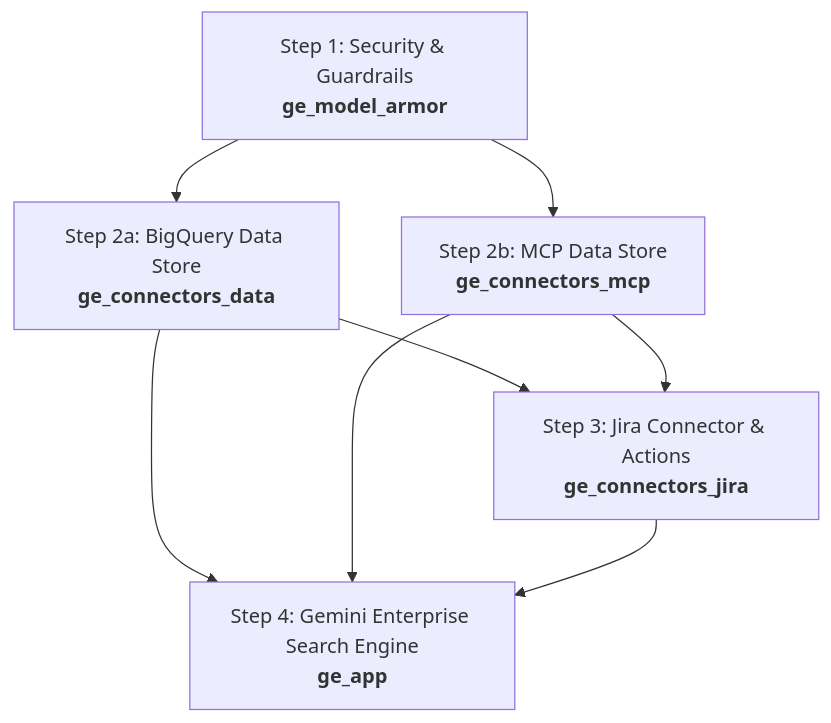
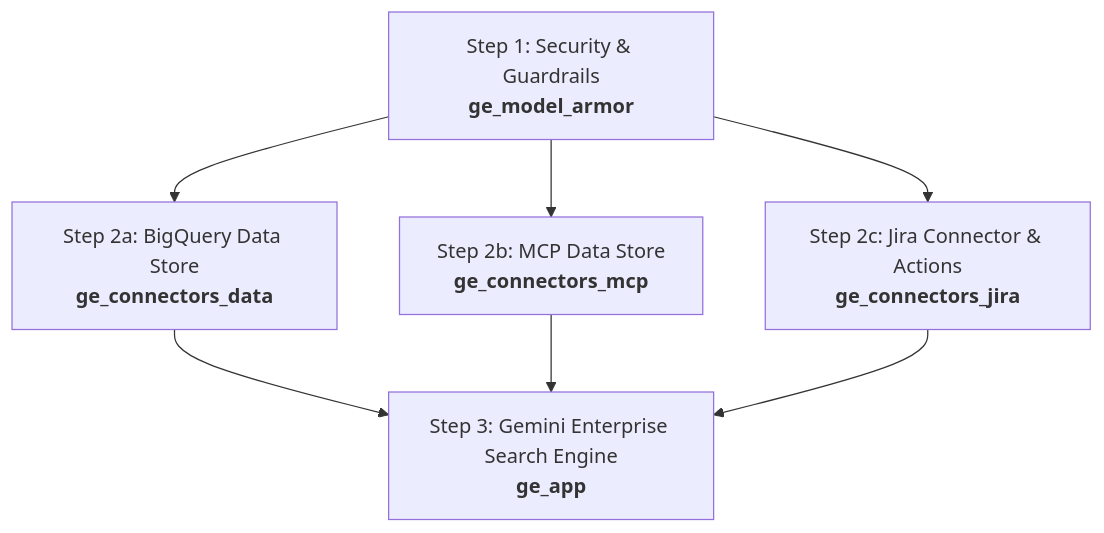
One commit to kapsay/ge-app-tf changed the diagram in README.md. Above: the diagram before and after it, drawn with Mermaid. The commit also changed other lines of this file, not shown here.

````diff
--- a/README.md
+++ b/README.md
@@ -26,10 +26,9 @@
 ```mermaid
 flowchart TD
     Step1["Step 1: Security & Guardrails<br/><b>ge_model_armor</b>"] --> Step2A["Step 2a: BigQuery Data Store<br/><b>ge_connectors_data</b>"]
     Step1 --> Step2B["Step 2b: MCP Data Store<br/><b>ge_connectors_mcp</b>"]
-    Step2A --> Step3["Step 3: Jira Connector & Actions<br/><b>ge_connectors_jira</b>"]
+    Step1 --> Step2C["Step 2c: Jira Connector & Actions<br/><b>ge_connectors_jira</b>"]
+    Step2A --> Step3["Step 3: Gemini Enterprise Search Engine<br/><b>ge_app</b>"]
     Step2B --> Step3
-    Step2A --> Step4["Step 4: Gemini Enterprise Search Engine<br/><b>ge_app</b>"]
-    Step2B --> Step4
-    Step3 --> Step4
+    Step2C --> Step3
 ```
````
